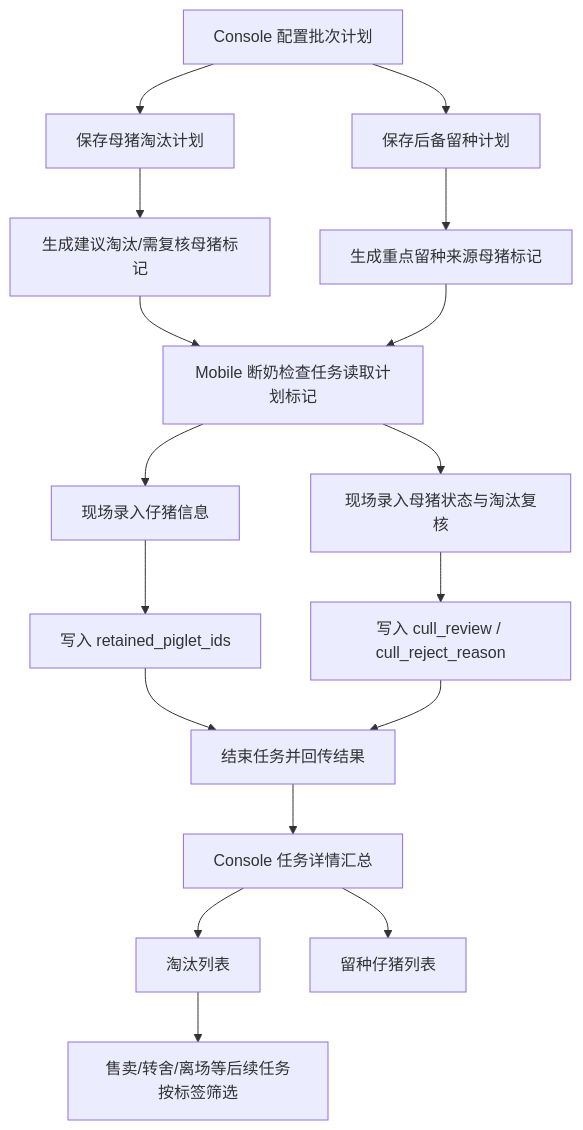
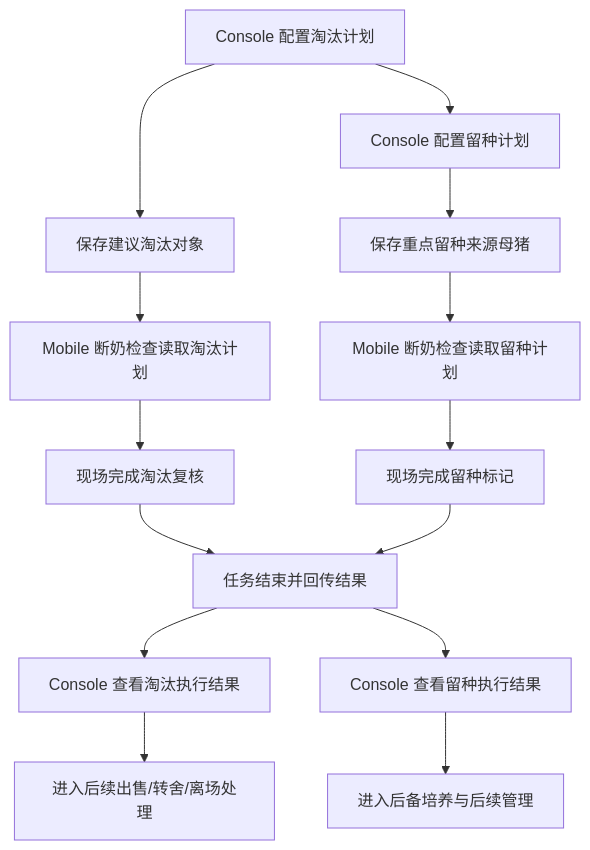
One commit to 91Dhua/Vaccine changed the first of 2 diagrams in prds/culling&replacement/00-淘汰与留种业务总览.md. Above: the diagram before and after it, drawn with Mermaid. The commit also changed other lines of this file and 40 other files, not shown here.

Commit message:
Refine vaccine task follow-up flows

````diff
--- a/prds/culling&replacement/00-淘汰与留种业务总览.md
+++ b/prds/culling&replacement/00-淘汰与留种业务总览.md
@@ -46,19 +47,16 @@
 ```mermaid
 flowchart TD
-  A[Console 配置批次计划] --> B[保存母猪淘汰计划]
-  A --> C[保存后备留种计划]
-  B --> D[生成建议淘汰/需复核母猪标记]
-  C --> E[生成重点留种来源母猪标记]
-  D --> F[Mobile 断奶检查任务读取计划标记]
-  E --> F
-  F --> G[现场录入仔猪信息]
-  F --> H[现场录入母猪状态与淘汰复核]
-  G --> I[写入 retained_piglet_ids]
-  H --> J[写入 cull_review / cull_reject_reason]
-  I --> K[结束任务并回传结果]
-  J --> K
-  K --> L[Console 任务详情汇总]
-  L --> M[淘汰列表]
-  L --> N[留种仔猪列表]
-  M --> O[售卖/转舍/离场等后续任务按标签筛选]
+  A[Console 配置淘汰计划] --> B[保存建议淘汰对象]
+  A --> C[Console 配置留种计划]
+  C --> D[保存重点留种来源母猪]
+  B --> E[Mobile 断奶检查读取淘汰计划]
+  D --> F[Mobile 断奶检查读取留种计划]
+  E --> G[现场完成淘汰复核]
+  F --> H[现场完成留种标记]
+  G --> I[任务结束并回传结果]
+  H --> I
+  I --> J[Console 查看淘汰执行结果]
+  I --> K[Console 查看留种执行结果]
+  J --> L[进入后续出售/转舍/离场处理]
+  K --> M[进入后备培养与后续管理]
 ```
````
